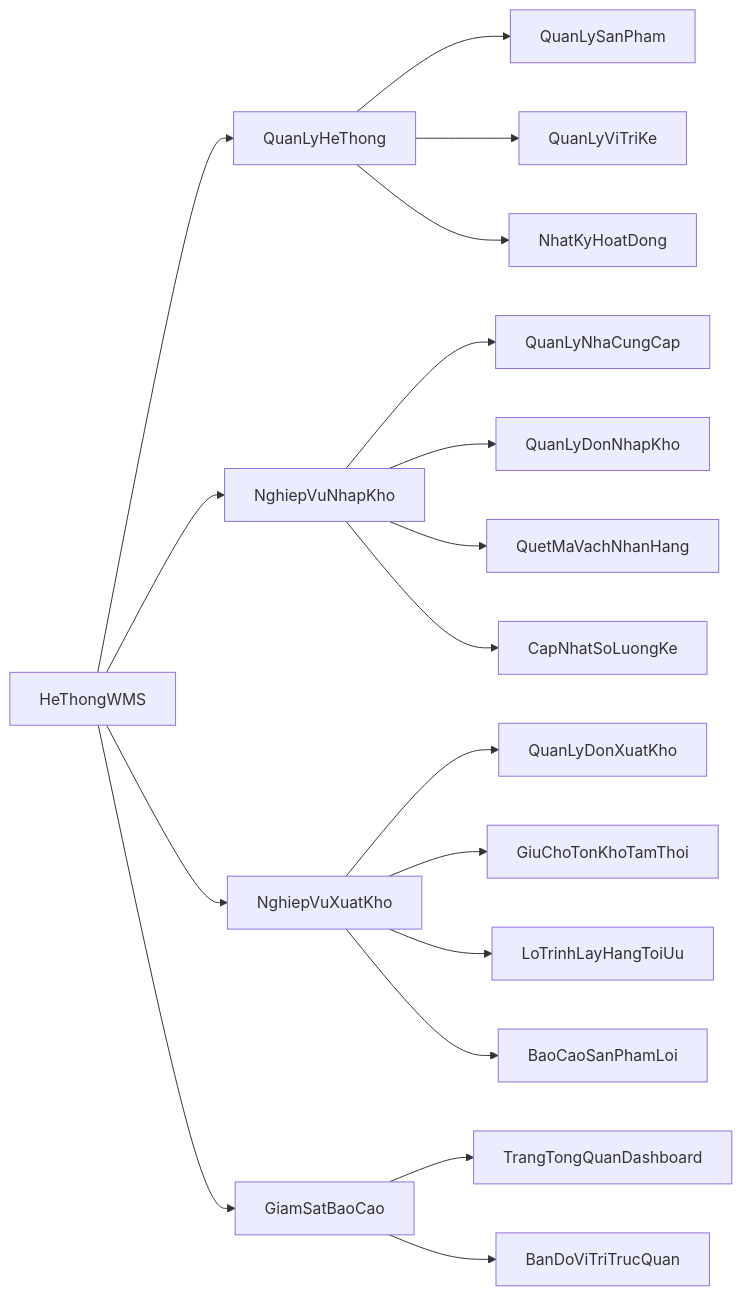
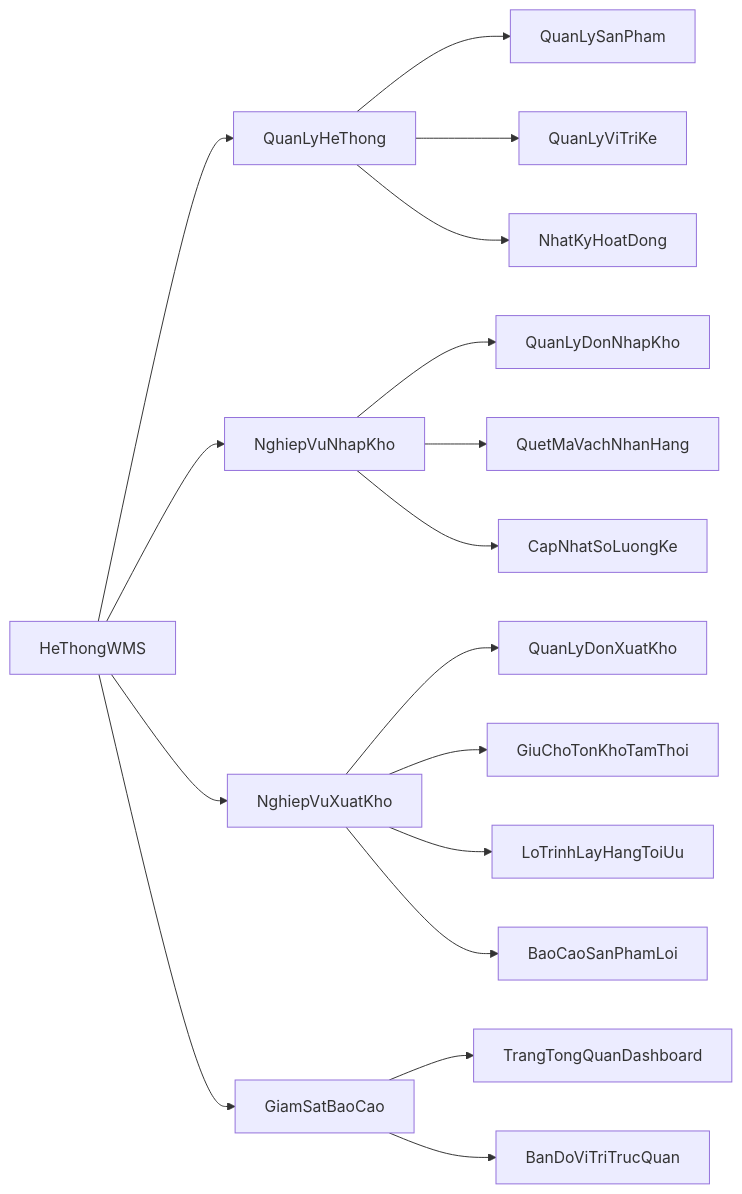
Before and after one commit to hoanfgzang-blip/Stockroom: the diagram in README.md, drawn with Mermaid. The commit also changed other lines of this file, not shown here.

Commit message:
Loai bo chuc nang quan ly nha cung cap khoi README

````diff
--- a/README.md
+++ b/README.md
@@ -30,24 +30,23 @@
 ```mermaid
 graph LR
     HeThongWMS --> QuanLyHeThong
     HeThongWMS --> NghiepVuNhapKho
     HeThongWMS --> NghiepVuXuatKho
     HeThongWMS --> GiamSatBaoCao
 
     QuanLyHeThong --> QuanLySanPham
     QuanLyHeThong --> QuanLyViTriKe
     QuanLyHeThong --> NhatKyHoatDong
 
-    NghiepVuNhapKho --> QuanLyNhaCungCap
     NghiepVuNhapKho --> QuanLyDonNhapKho
     NghiepVuNhapKho --> QuetMaVachNhanHang
     NghiepVuNhapKho --> CapNhatSoLuongKe
 
     NghiepVuXuatKho --> QuanLyDonXuatKho
     NghiepVuXuatKho --> GiuChoTonKhoTamThoi
     NghiepVuXuatKho --> LoTrinhLayHangToiUu
     NghiepVuXuatKho --> BaoCaoSanPhamLoi
 
     GiamSatBaoCao --> TrangTongQuanDashboard
     GiamSatBaoCao --> BanDoViTriTrucQuan
 ```
````
